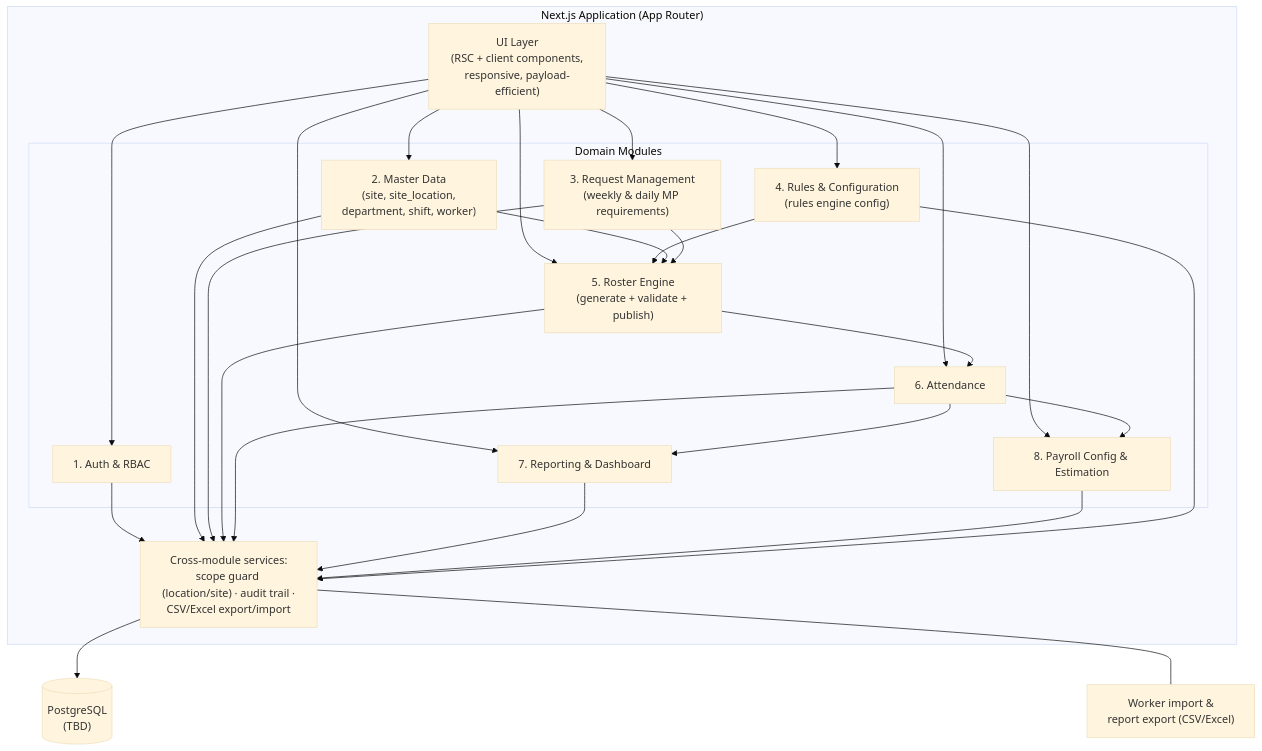
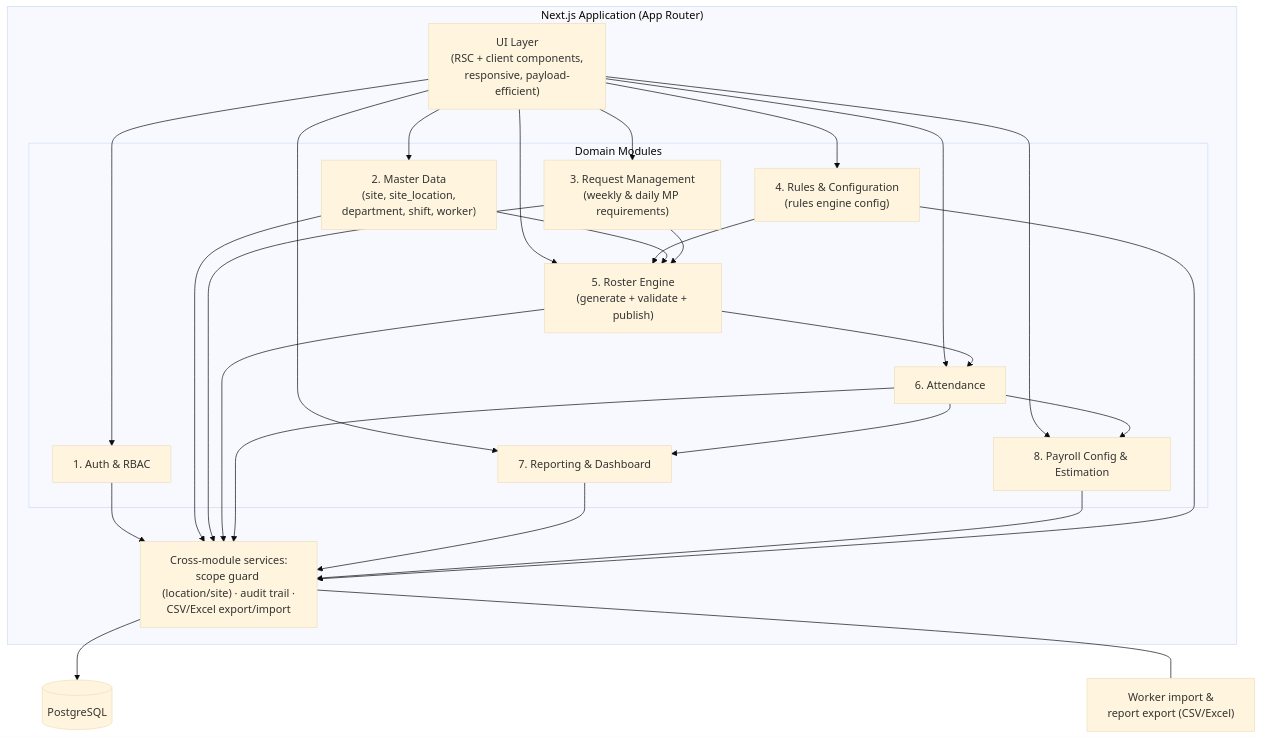
Before and after one commit to XOIntern/Shiftly: the second of 5 diagrams in docs/architecture.md, drawn with Mermaid (base theme). The commit also changed other lines of this file, not shown here.

Commit message:
docs: mark DB, Drizzle, and Better Auth decisions as made in architecture doc (v0.3)

````diff
--- a/docs/architecture.md
+++ b/docs/architecture.md
@@ -69,30 +73,30 @@
 ```mermaid
 graph TB
     subgraph "Next.js Application (App Router)"
         UI["UI Layer<br/>(RSC + client components,<br/>responsive, payload-efficient)"]
         subgraph "Domain Modules"
             AUTH["1. Auth & RBAC"]
             MD["2. Master Data<br/>(site, site_location,<br/>department, shift, worker)"]
             REQ["3. Request Management<br/>(weekly & daily MP requirements)"]
             RULES["4. Rules & Configuration<br/>(rules engine config)"]
             ROSTER["5. Roster Engine<br/>(generate + validate + publish)"]
             ATT["6. Attendance"]
             REP["7. Reporting & Dashboard"]
             PAY["8. Payroll Config & Estimation"]
         end
         SVC["Cross-module services:<br/>scope guard (location/site) · audit trail ·<br/>CSV/Excel export/import"]
     end
-    DB[("PostgreSQL<br/>(TBD)")]
+    DB[("PostgreSQL")]
     FILES["Worker import &<br/>report export (CSV/Excel)"]
 
     UI --> AUTH & MD & REQ & RULES & ROSTER & ATT & REP & PAY
     RULES --> ROSTER
     MD --> ROSTER
     REQ --> ROSTER
     ROSTER --> ATT
     ATT --> PAY
     ATT --> REP
     AUTH & MD & REQ & ROSTER & ATT & REP & PAY & RULES --> SVC
     SVC --> DB
     SVC --- FILES
 ```
````
